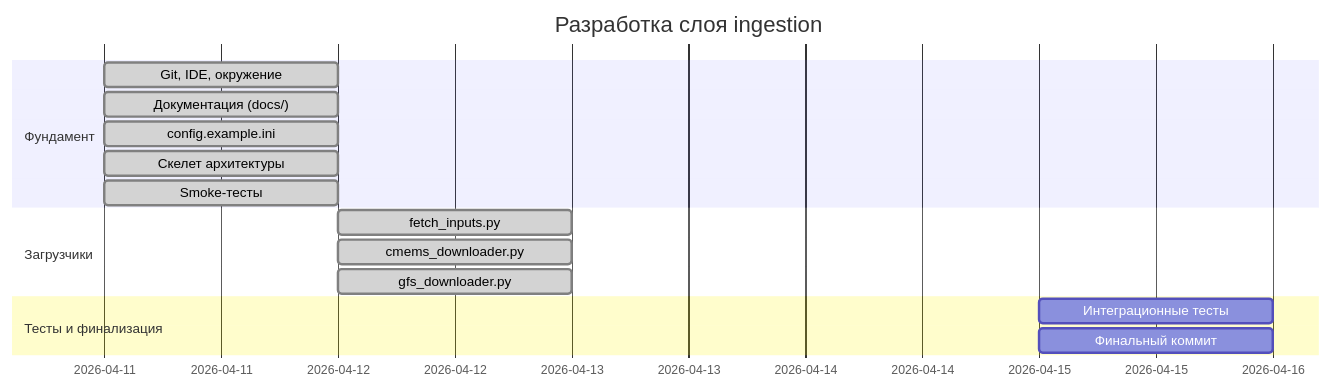
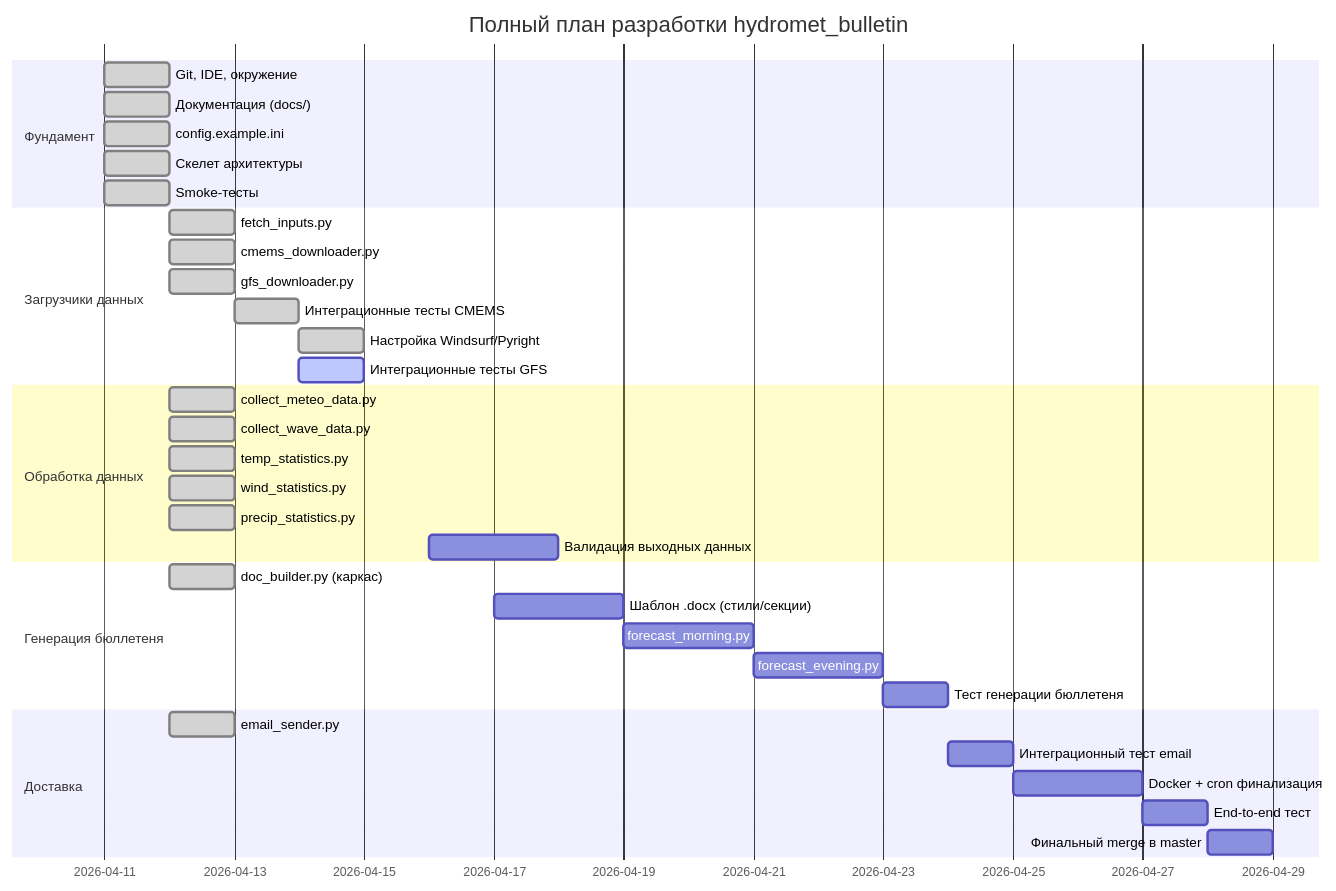
The first of 2 diagrams in docs/project_progress.md (zubkovfpk/hydromet_bulletin), drawn with Mermaid before and after one commit. The commit also changed other lines of this file, not shown here.

Commit message:
docs(progress): fix Mermaid rendering, expand plan to full project roadmap

````diff
--- a/docs/project_progress.md
+++ b/docs/project_progress.md
@@ -5,18 +5,37 @@
 ```mermaid
 gantt
-    title Разработка слоя ingestion
-    dateFormat  YYYY-MM-DD
+    title Полный план разработки hydromet_bulletin
+    dateFormat YYYY-MM-DD
     section Фундамент
-    Git, IDE, окружение        :done, 2026-04-11, 1d
-    Документация (docs/)       :done, 2026-04-11, 1d
-    config.example.ini         :done, 2026-04-11, 1d
-    Скелет архитектуры         :done, 2026-04-11, 1d
-    Smoke-тесты                :done, 2026-04-11, 1d
-    section Загрузчики
-    fetch_inputs.py            :done, 2026-04-12, 1d
-    cmems_downloader.py        :done, 2026-04-12, 1d
-    gfs_downloader.py          :done, 2026-04-12, 1d
-    section Тесты и финализация
-    Интеграционные тесты       :2026-04-15, 1d
-    Финальный коммит           :2026-04-15, 1d
+    Git, IDE, окружение          :done, 2026-04-11, 1d
+    Документация (docs/)         :done, 2026-04-11, 1d
+    config.example.ini           :done, 2026-04-11, 1d
+    Скелет архитектуры           :done, 2026-04-11, 1d
+    Smoke-тесты                  :done, 2026-04-11, 1d
+    section Загрузчики данных
+    fetch_inputs.py              :done, 2026-04-12, 1d
+    cmems_downloader.py          :done, 2026-04-12, 1d
+    gfs_downloader.py            :done, 2026-04-12, 1d
+    Интеграционные тесты CMEMS   :done, 2026-04-13, 1d
+    Настройка Windsurf/Pyright   :done, 2026-04-14, 1d
+    Интеграционные тесты GFS     :active, 2026-04-14, 1d
+    section Обработка данных
+    collect_meteo_data.py        :done, 2026-04-12, 1d
+    collect_wave_data.py         :done, 2026-04-12, 1d
+    temp_statistics.py           :done, 2026-04-12, 1d
+    wind_statistics.py           :done, 2026-04-12, 1d
+    precip_statistics.py         :done, 2026-04-12, 1d
+    Валидация выходных данных    :2026-04-16, 2d
+    section Генерация бюллетеня
+    doc_builder.py (каркас)      :done, 2026-04-12, 1d
+    Шаблон .docx (стили/секции) :2026-04-17, 2d
+    forecast_morning.py          :2026-04-19, 2d
+    forecast_evening.py          :2026-04-21, 2d
+    Тест генерации бюллетеня     :2026-04-23, 1d
+    section Доставка
+    email_sender.py              :done, 2026-04-12, 1d
+    Интеграционный тест email    :2026-04-24, 1d
+    Docker + cron финализация    :2026-04-25, 2d
+    End-to-end тест              :2026-04-27, 1d
+    Финальный merge в master     :2026-04-28, 1d
 ```
````
